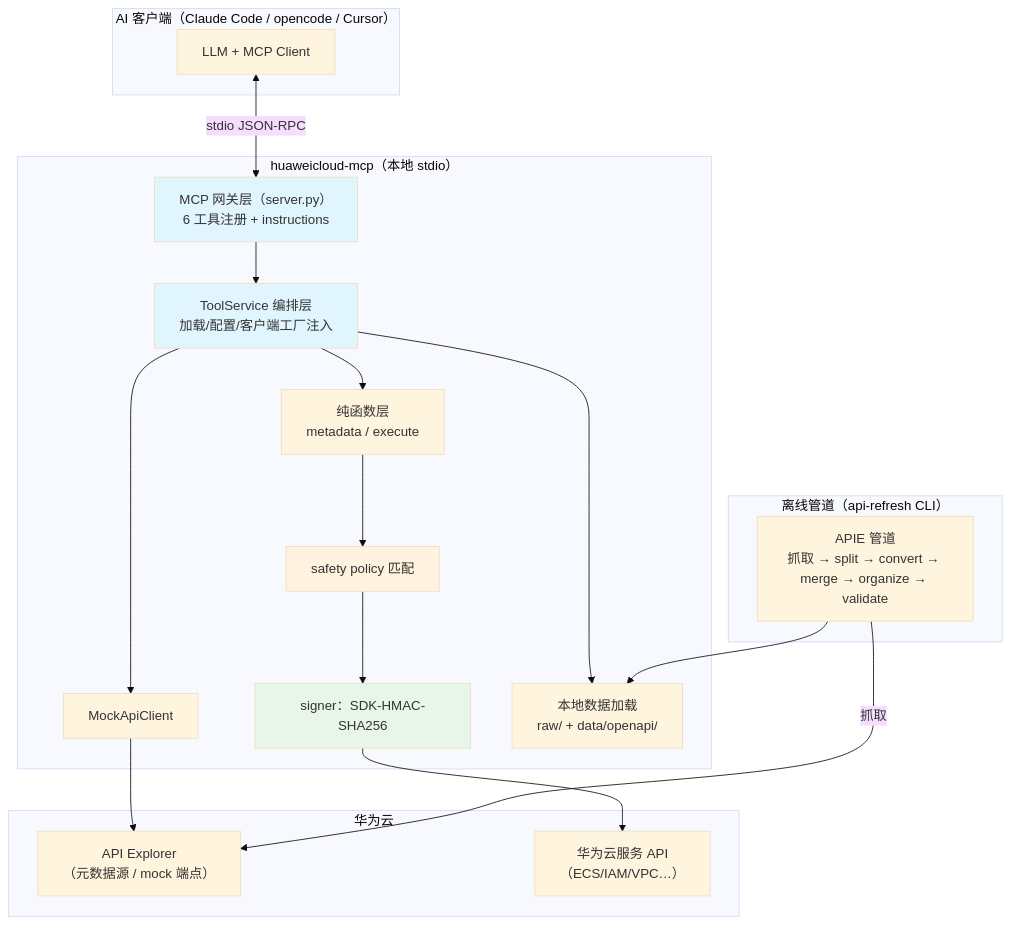
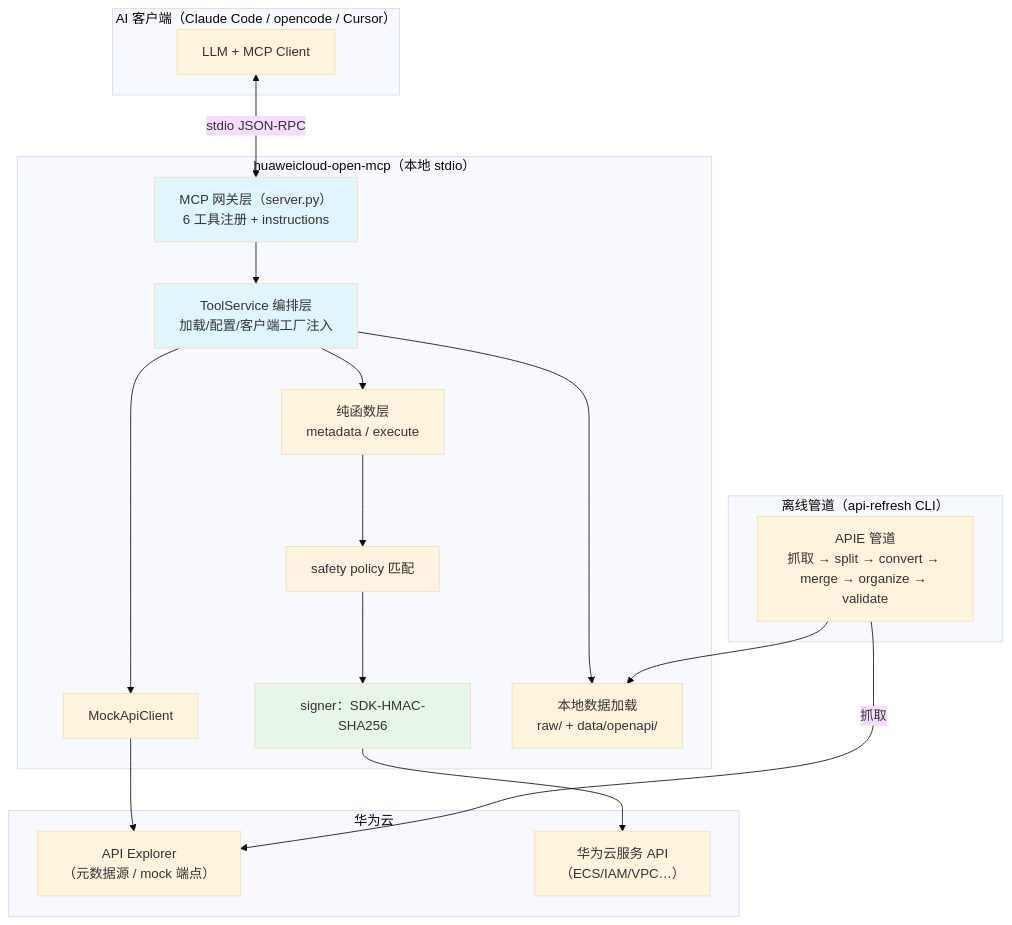
The first of 7 diagrams in docs/design.md (huaweicloud-mate/huaweicloud-open-mcp), drawn with Mermaid (base theme) before and after one commit. The commit also changed 5 other files, not shown here.

First line of the commit message:
重命名 huaweicloud-mcp → huaweicloud-open-mcp

````diff
--- a/docs/design.md
+++ b/docs/design.md
@@ -18,38 +18,38 @@
 ```mermaid
 flowchart TB
     subgraph Client["AI 客户端（Claude Code / opencode / Cursor）"]
         LLM["LLM + MCP Client"]
     end
 
-    subgraph Server["huaweicloud-mcp（本地 stdio）"]
+    subgraph Server["huaweicloud-open-mcp（本地 stdio）"]
         GW["MCP 网关层（server.py）<br/>6 工具注册 + instructions"]
         SV["ToolService 编排层<br/>加载/配置/客户端工厂注入"]
         MT["纯函数层<br/>metadata / execute"]
         SF["safety policy 匹配"]
         SG["signer：SDK-HMAC-SHA256"]
         MC["MockApiClient"]
         LC["本地数据加载<br/>raw/ + data/openapi/"]
     end
 
     subgraph Offline["离线管道（api-refresh CLI）"]
         AP["APIE 管道<br/>抓取 → split → convert → merge → organize → validate"]
     end
 
     subgraph Cloud["华为云"]
         AE["API Explorer<br/>（元数据源 / mock 端点）"]
         HC["华为云服务 API<br/>（ECS/IAM/VPC…）"]
     end
 
     LLM <-->|stdio JSON-RPC| GW
     GW --> SV --> MT
     MT --> SF --> SG --> HC
     SV --> MC --> AE
     SV --> LC
     AP -->|抓取| AE
     AP --> LC
 
     style GW fill:#e1f5fe
     style SV fill:#e1f5fe
     style SF fill:#fff3e0
     style SG fill:#e8f5e9
 ```
````
